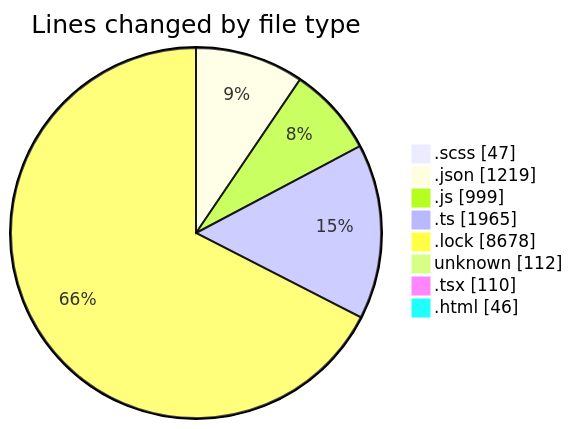
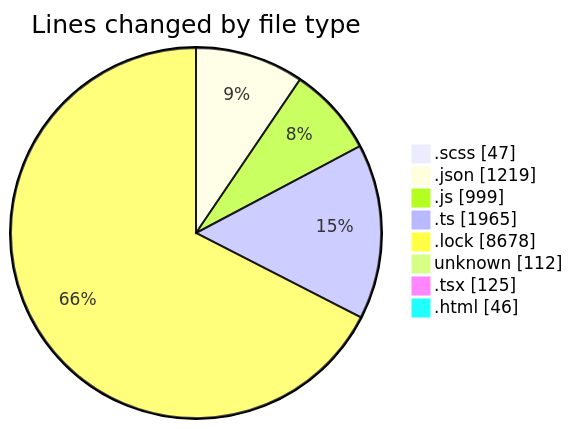
The first of 2 diagrams in 2026-04-21/cda/README.md (momahboobian/code-tracking), drawn with Mermaid before and after one commit. The commit also changed other lines of this file and 1 other file, not shown here.

````diff
--- a/2026-04-21/cda/README.md
+++ b/2026-04-21/cda/README.md
@@ -51,12 +51,12 @@
 ```mermaid
 pie showData
 title Lines changed by file type
 ".scss" : 47
 ".json" : 1219
 ".js" : 999
 ".ts" : 1965
 ".lock" : 8678
 "unknown" : 112
-".tsx" : 110
+".tsx" : 125
 ".html" : 46
 ```
````
